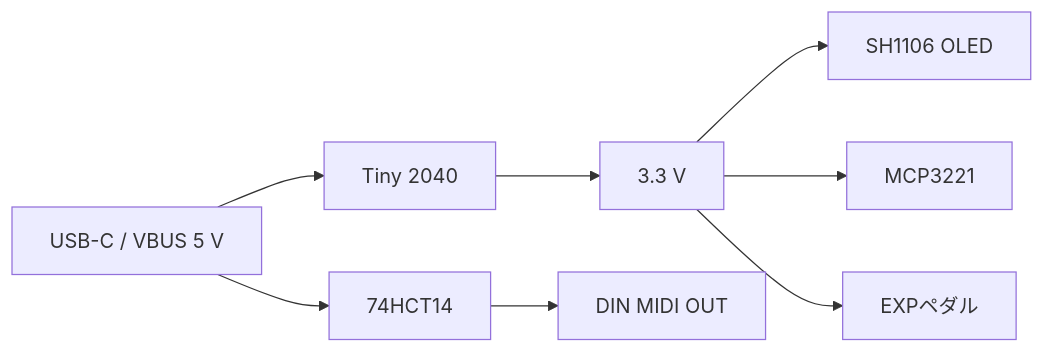
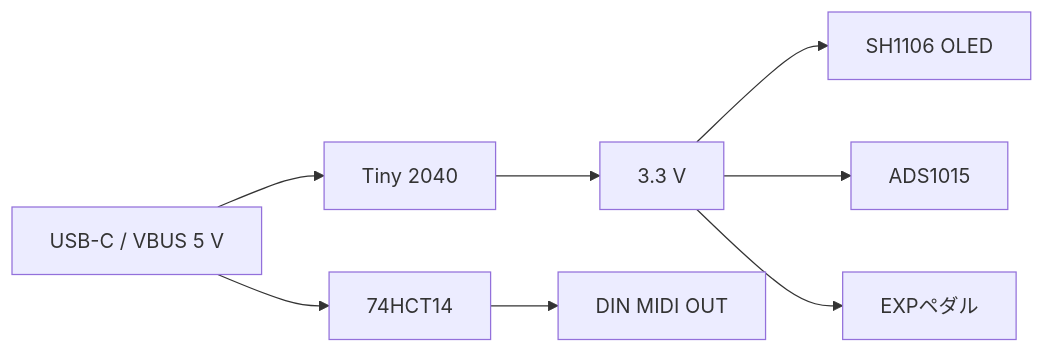
Before and after one commit to starkensan/usb_midi_pedal: the diagram in docs/hardware.md, drawn with Mermaid. The commit also changed other lines of this file and 5 other files, not shown here.

````diff
--- a/docs/hardware.md
+++ b/docs/hardware.md
@@ -19,10 +19,10 @@
 ```mermaid
 flowchart LR
     usb[USB-C / VBUS 5 V] --> tiny[Tiny 2040]
     usb --> hct[74HCT14]
     tiny --> v33[3.3 V]
     v33 --> oled[SH1106 OLED]
-    v33 --> adc[MCP3221]
+    v33 --> adc[ADS1015]
     v33 --> exp[EXPペダル]
     hct --> din[DIN MIDI OUT]
 ```
````
